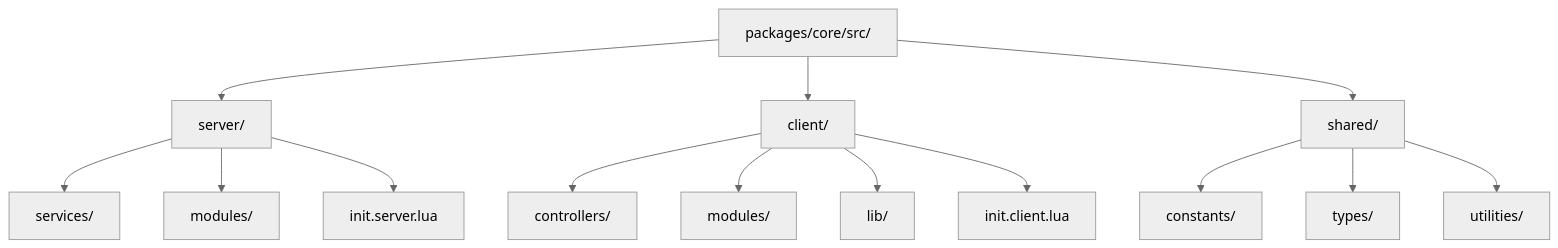
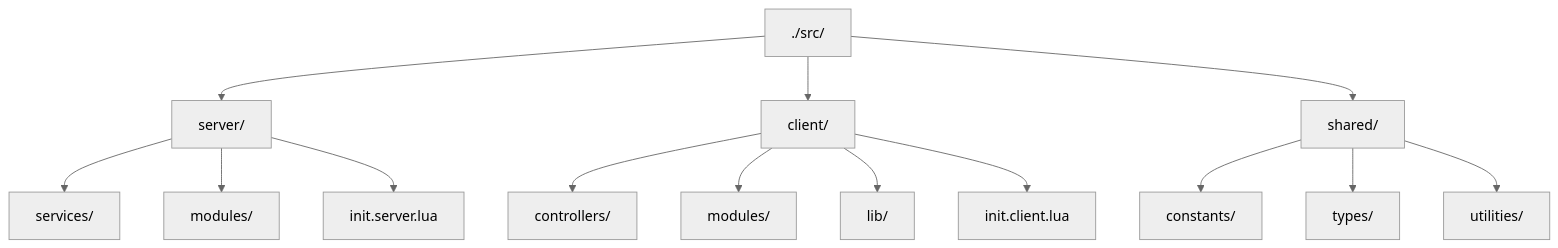
Before and after one commit to ovhlstudio/ovhl-roblox: the fourth of 8 diagrams in docs/id/DEVELOPMENT_STANDARDS.md, drawn with Mermaid (neutral theme). The commit also changed other lines of this file and 24 other files, not shown here.

````diff
--- a/docs/id/DEVELOPMENT_STANDARDS.md
+++ b/docs/id/DEVELOPMENT_STANDARDS.md
@@ -121,19 +121,19 @@
 ```mermaid
 graph TD
-    A[packages/core/src/] --> B[server/]
+    A[./src/] --> B[server/]
     A --> C[client/]
     A --> D[shared/]
 
     B --> B1[services/]
     B --> B2[modules/]
     B --> B3[init.server.lua]
 
     C --> C1[controllers/]
     C --> C2[modules/]
     C --> C3[lib/]
     C --> C4[init.client.lua]
 
     D --> D1[constants/]
     D --> D2[types/]
     D --> D3[utilities/]
 ```
````
